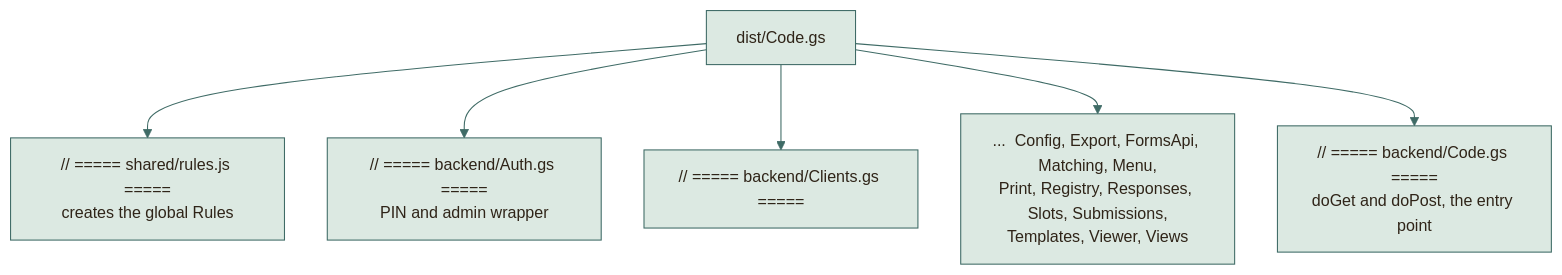
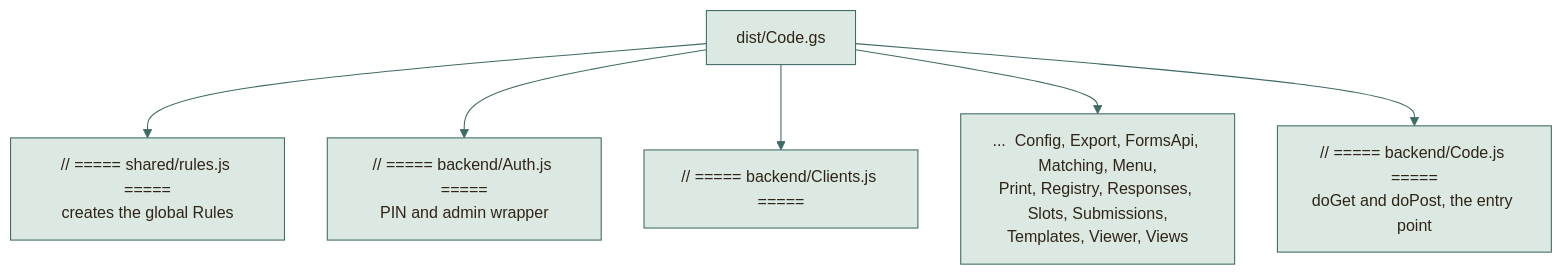
Before and after one commit to moyeh04/forms-platform: the third of 4 diagrams in docs/architecture/BUILD-PIPELINE.md, drawn with Mermaid. The commit also changed other lines of this file and 37 other files, not shown here.

````diff
--- a/docs/architecture/BUILD-PIPELINE.md
+++ b/docs/architecture/BUILD-PIPELINE.md
@@ -178,36 +178,36 @@
 ```mermaid
 %%{init: {
   'theme': 'base',
   'themeVariables': {
     'fontFamily': 'ui-sans-serif, system-ui, -apple-system, Segoe UI, Roboto, sans-serif',
     'fontSize': '15px',
     'primaryColor': '#DCE9E2', 'primaryBorderColor': '#3F6B66', 'primaryTextColor': '#2F2418',
     'secondaryColor': '#F0E4C8', 'secondaryBorderColor': '#C9A24A', 'secondaryTextColor': '#2F2418',
     'tertiaryColor': '#F6EFDC', 'tertiaryBorderColor': '#CDBB94', 'tertiaryTextColor': '#2F2418',
     'lineColor': '#3F6B66', 'textColor': '#2F2418', 'mainBkg': '#DCE9E2', 'nodeBorder': '#3F6B66',
     'clusterBkg': '#F6EFDC', 'clusterBorder': '#CDBB94', 'titleColor': '#2F2418',
     'edgeLabelBackground': '#F8F1DD',
     'actorBkg': '#DCE9E2', 'actorBorder': '#3F6B66', 'actorTextColor': '#2F2418', 'actorLineColor': '#8FB3AB',
     'signalColor': '#477A73', 'signalTextColor': '#477A73',
     'labelBoxBkgColor': '#F0E4C8', 'labelBoxBorderColor': '#C9A24A', 'labelTextColor': '#2F2418', 'loopTextColor': '#6A5A44',
     'noteBkgColor': '#FBEFC9', 'noteBorderColor': '#C9A24A', 'noteTextColor': '#2F2418',
     'activationBkgColor': '#DCE9E2', 'activationBorderColor': '#3F6B66', 'sequenceNumberColor': '#F8F1DD',
     'transitionColor': '#3F6B66', 'stateLabelColor': '#2F2418', 'stateBkg': '#DCE9E2', 'altBackground': '#F6EFDC',
     'attributeBackgroundColorOdd': '#F8F1DD', 'attributeBackgroundColorEven': '#F0E4C8'
   },
   'flowchart': {'curve': 'basis', 'padding': 14, 'nodeSpacing': 40, 'rankSpacing': 46},
   'sequence': {'mirrorActors': false, 'messageMargin': 34, 'boxMargin': 8}
 }}%%
 flowchart TD
     A["dist/Code.gs"] --> B["// ===== shared/rules.js =====<br/>creates the global Rules"]
-    A --> C["// ===== backend/Auth.gs =====<br/>PIN and admin wrapper"]
-    A --> D["// ===== backend/Clients.gs ====="]
+    A --> C["// ===== backend/Auth.js =====<br/>PIN and admin wrapper"]
+    A --> D["// ===== backend/Clients.js ====="]
     A --> E["...  Config, Export, FormsApi, Matching, Menu,<br/>Print, Registry, Responses, Slots, Submissions,<br/>Templates, Viewer, Views"]
-    A --> F["// ===== backend/Code.gs =====<br/>doGet and doPost, the entry point"]
+    A --> F["// ===== backend/Code.js =====<br/>doGet and doPost, the entry point"]
     classDef cDb fill:#F3E2B3,stroke:#B8892D,stroke-width:1.5px,color:#2F2418
     classDef cActor fill:#F4D9D3,stroke:#9A3328,stroke-width:1.5px,color:#2F2418
     classDef cDec fill:#FBEFC9,stroke:#C9A24A,stroke-width:1.5px,color:#2F2418
     classDef cEnd fill:#2F2418,stroke:#2F2418,color:#F8F1DD
     classDef cErr fill:#F6D5CF,stroke:#A12B1F,stroke-width:1.5px,color:#5A140C
     classDef cOk fill:#BFD9CF,stroke:#2E5A55,stroke-width:1.5px,color:#17302D
 ```
````
